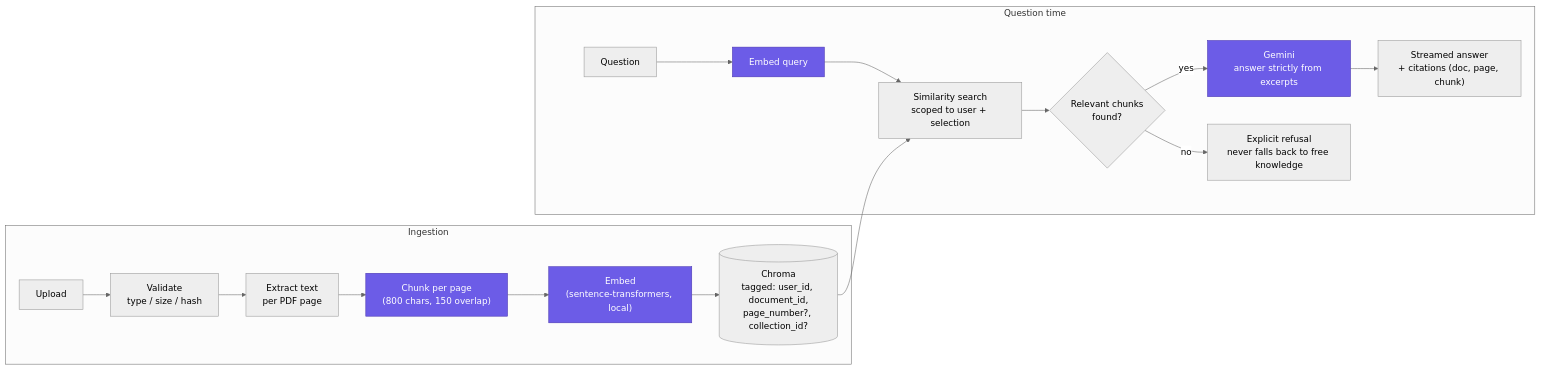
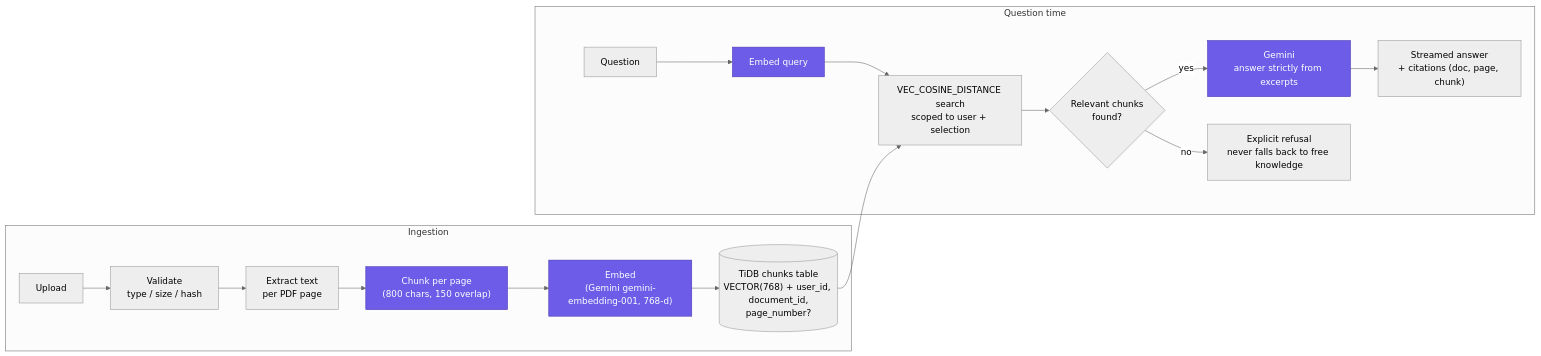
The diagram in README.md (Zyphronix-space/doc-chat-rag), drawn with Mermaid (neutral theme) before and after one commit. The commit also changed other lines of this file and 99 other files, not shown here.

````diff
--- a/README.md
+++ b/README.md
@@ -92,22 +95,22 @@
 ```mermaid
 flowchart LR
     subgraph Ingestion
         U["Upload"] --> V["Validate<br/>type / size / hash"]
         V --> X["Extract text<br/>per PDF page"]
         X --> C["Chunk per page<br/>(800 chars, 150 overlap)"]
-        C --> EMB1["Embed<br/>(sentence-transformers, local)"]
-        EMB1 --> CH[("Chroma<br/>tagged: user_id, document_id,<br/>page_number?, collection_id?")]
+        C --> EMB1["Embed<br/>(Gemini gemini-embedding-001, 768-d)"]
+        EMB1 --> CH[("TiDB chunks table<br/>VECTOR(768) + user_id, document_id,<br/>page_number?")]
     end
     subgraph "Question time"
         Q["Question"] --> EMB2["Embed query"]
-        EMB2 --> SIM["Similarity search<br/>scoped to user + selection"]
+        EMB2 --> SIM["VEC_COSINE_DISTANCE search<br/>scoped to user + selection"]
         CH --> SIM
         SIM --> G{"Relevant chunks<br/>found?"}
         G -- yes --> GEN["Gemini<br/>answer strictly from excerpts"]
         G -- no --> REF["Explicit refusal<br/>never falls back to free knowledge"]
         GEN --> OUT["Streamed answer<br/>+ citations (doc, page, chunk)"]
     end
 
     classDef stage fill:#6C5CE7,stroke:#4834B0,color:#fff
     class C,EMB1,EMB2,GEN stage
 ```
````
